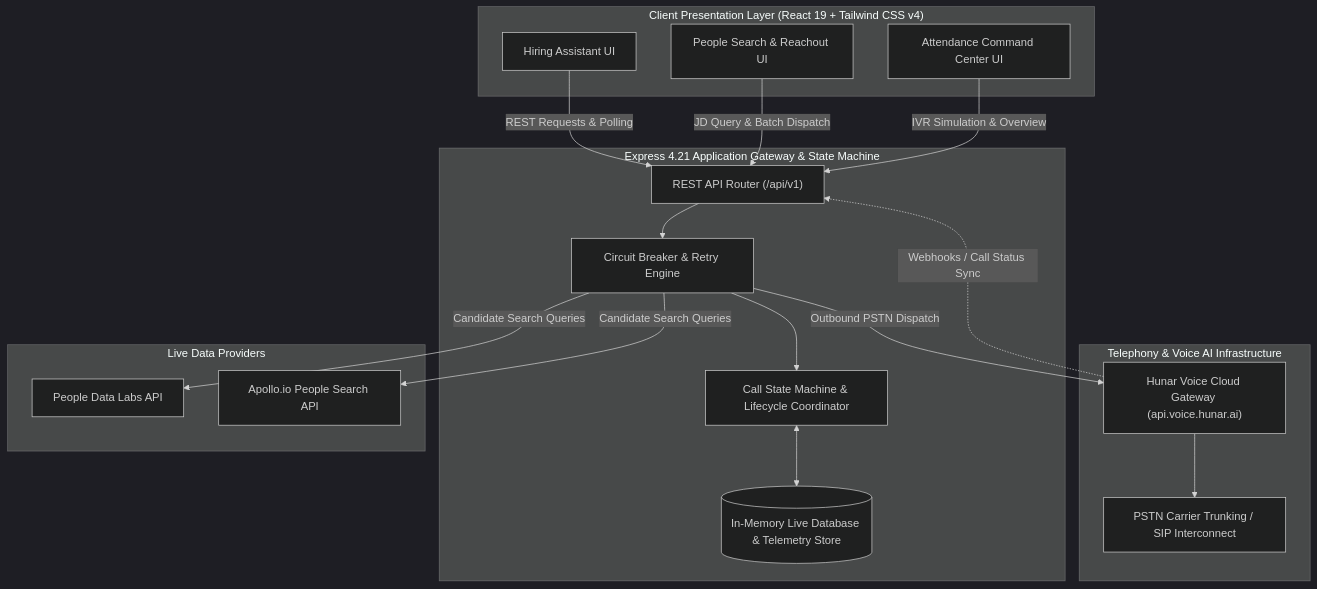
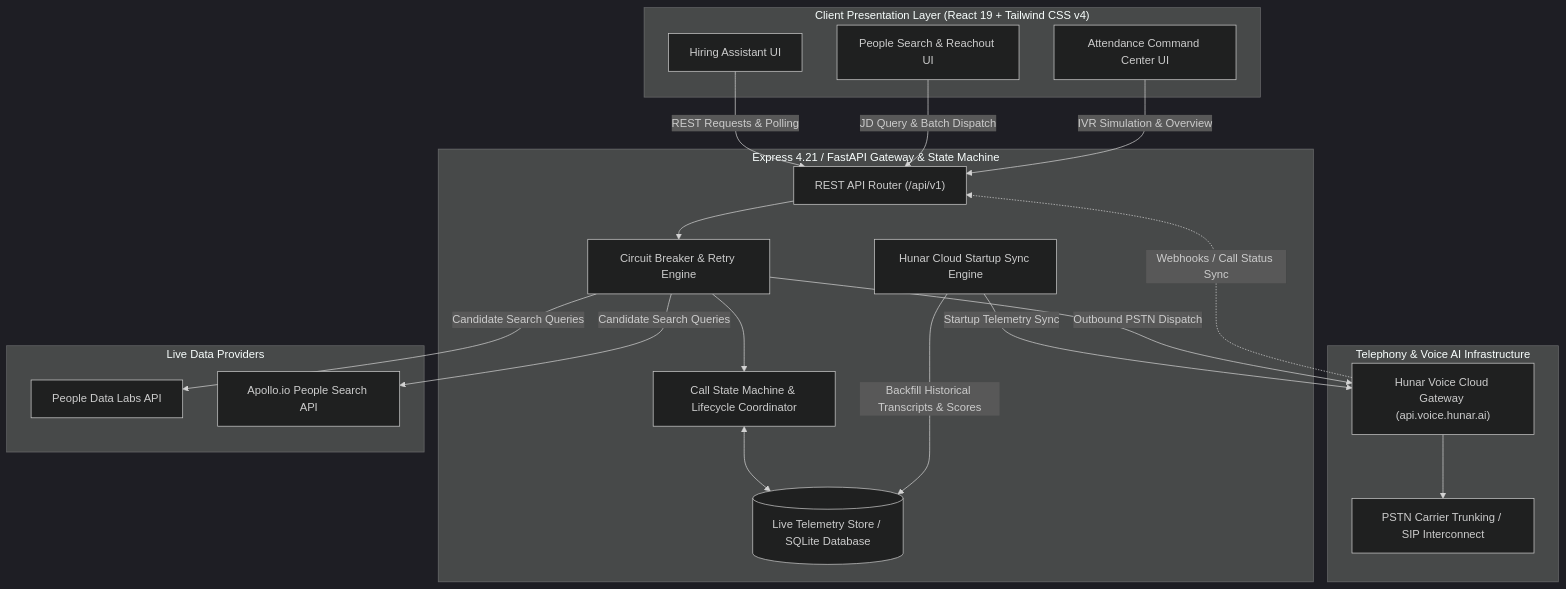
The first of 2 diagrams in README.md (Vinay-014/enterprise-voice-ai), drawn with Mermaid (dark theme) before and after one commit. The commit also changed other lines of this file, not shown here.

Commit message:
docs: update README with cloud startup sync, dual runtime architecture, and global telemetry

````diff
--- a/README.md
+++ b/README.md
@@ -43,40 +46,43 @@
 ```mermaid
 flowchart TD
     subgraph Client ["Client Presentation Layer (React 19 + Tailwind CSS v4)"]
         UI_Hiring["Hiring Assistant UI"]
         UI_Search["People Search & Reachout UI"]
         UI_Attendance["Attendance Command Center UI"]
     end
 
-    subgraph Gateway ["Express 4.21 Application Gateway & State Machine"]
+    subgraph Gateway ["Express 4.21 / FastAPI Gateway & State Machine"]
         Router["REST API Router (/api/v1)"]
         CB["Circuit Breaker & Retry Engine"]
+        SyncEngine["Hunar Cloud Startup Sync Engine"]
         StateEngine["Call State Machine & Lifecycle Coordinator"]
-        LiveDB[("In-Memory Live Database & Telemetry Store")]
+        LiveDB[("Live Telemetry Store / SQLite Database")]
     end
 
     subgraph Telephony ["Telephony & Voice AI Infrastructure"]
         HunarCloud["Hunar Voice Cloud Gateway (api.voice.hunar.ai)"]
         PSTN["PSTN Carrier Trunking / SIP Interconnect"]
     end
 
     subgraph External ["Live Data Providers"]
         PDL["People Data Labs API"]
         Apollo["Apollo.io People Search API"]
     end
 
     UI_Hiring -->|REST Requests & Polling| Router
     UI_Search -->|JD Query & Batch Dispatch| Router
     UI_Attendance -->|IVR Simulation & Overview| Router
 
     Router --> CB
     CB --> StateEngine
     StateEngine <--> LiveDB
+    SyncEngine -->|Startup Telemetry Sync| HunarCloud
+    SyncEngine -->|Backfill Historical Transcripts & Scores| LiveDB
 
     CB -->|Outbound PSTN Dispatch| HunarCloud
     HunarCloud --> PSTN
     HunarCloud -.->|Webhooks / Call Status Sync| Router
 
     CB -->|Candidate Search Queries| PDL
     CB -->|Candidate Search Queries| Apollo
 ```
````
